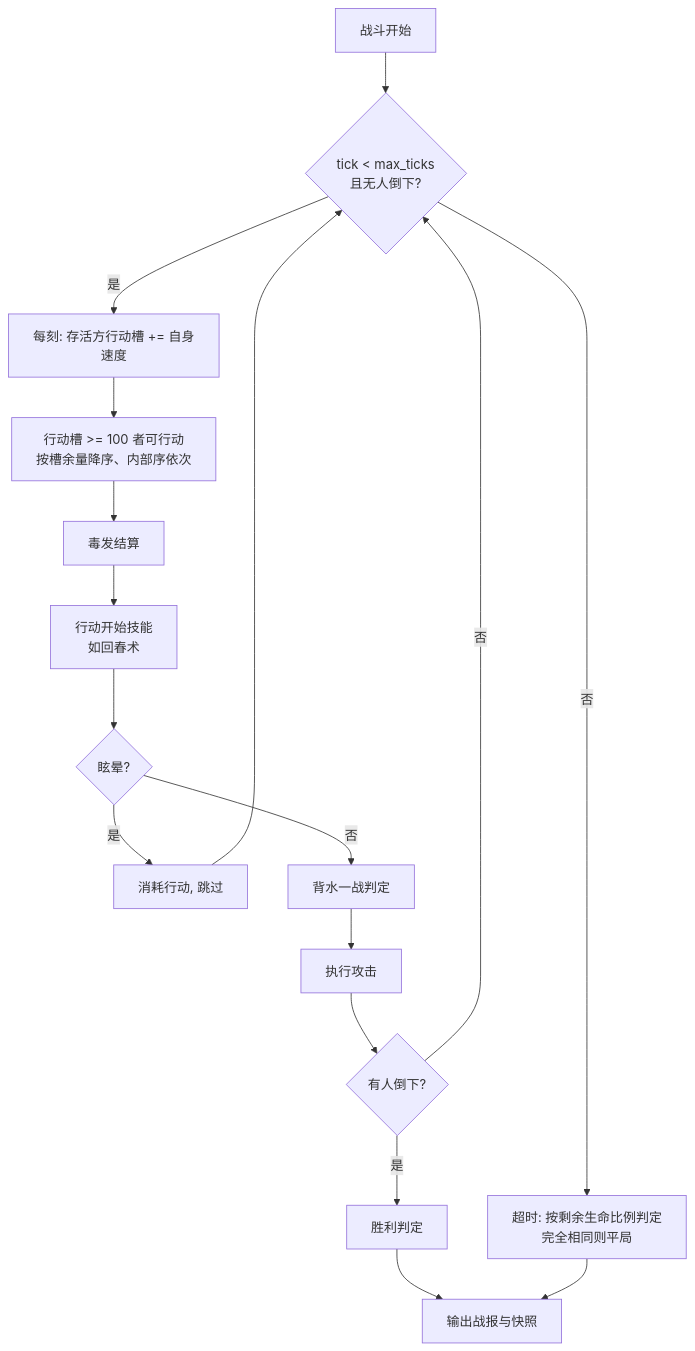
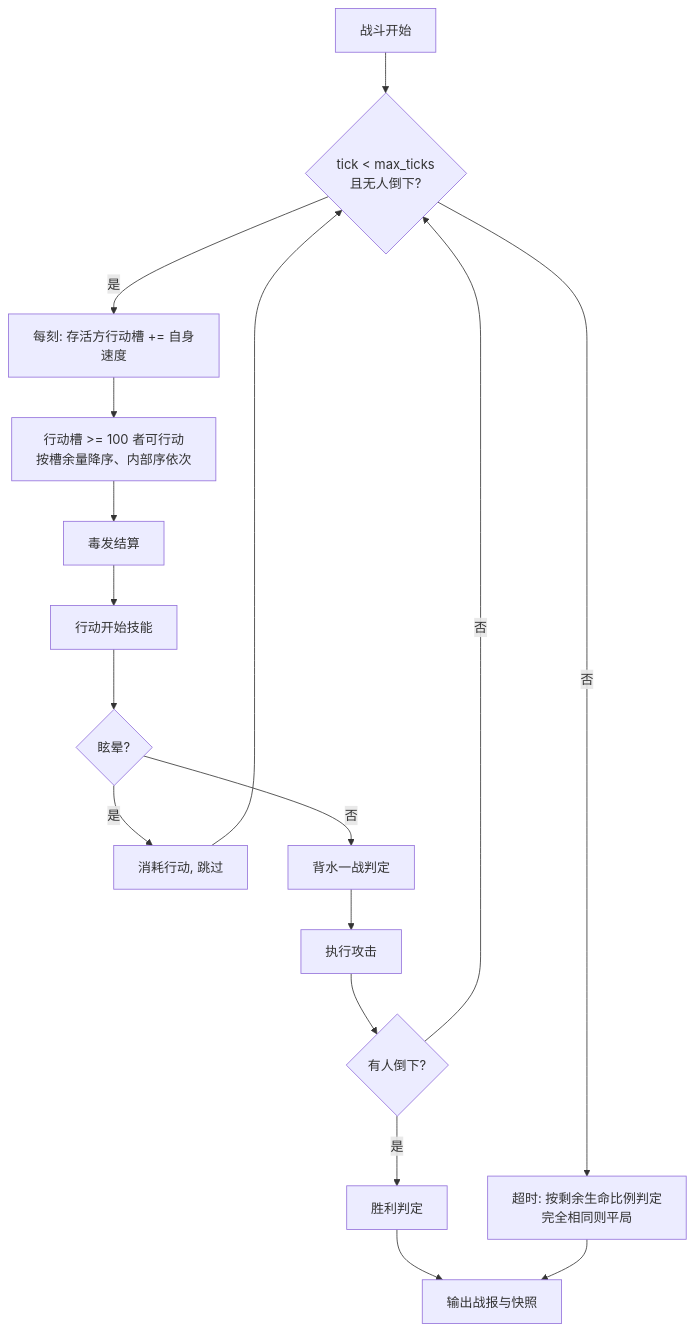
The second of 2 diagrams in docs/GAME_SPEC.md (icdyso/namefight_pro), drawn with Mermaid before and after one commit. The commit also changed other lines of this file and 20 other files, not shown here.

````diff
--- a/docs/GAME_SPEC.md
+++ b/docs/GAME_SPEC.md
@@ -199,15 +191,15 @@
 ```mermaid
 flowchart TD
     S[战斗开始] --> T{tick < max_ticks<br/>且无人倒下?}
     T -->|是| G[每刻: 存活方行动槽 += 自身速度]
     G --> R[行动槽 >= 100 者可行动<br/>按槽余量降序、内部序依次]
-    R --> A1[毒发结算] --> A2[行动开始技能<br/>如回春术] --> A3{眩晕?}
+    R --> A1[毒发结算] --> A2[行动开始技能] --> A3{眩晕?}
     A3 -->|是| A4[消耗行动, 跳过] --> T
     A3 -->|否| A5[背水一战判定] --> A6[执行攻击]
     A6 --> A7{有人倒下?}
     A7 -->|否| T
     A7 -->|是| W[胜利判定]
     T -->|否| J[超时: 按剩余生命比例判定<br/>完全相同则平局]
     W --> V[输出战报与快照]
     J --> V
 ```
````
